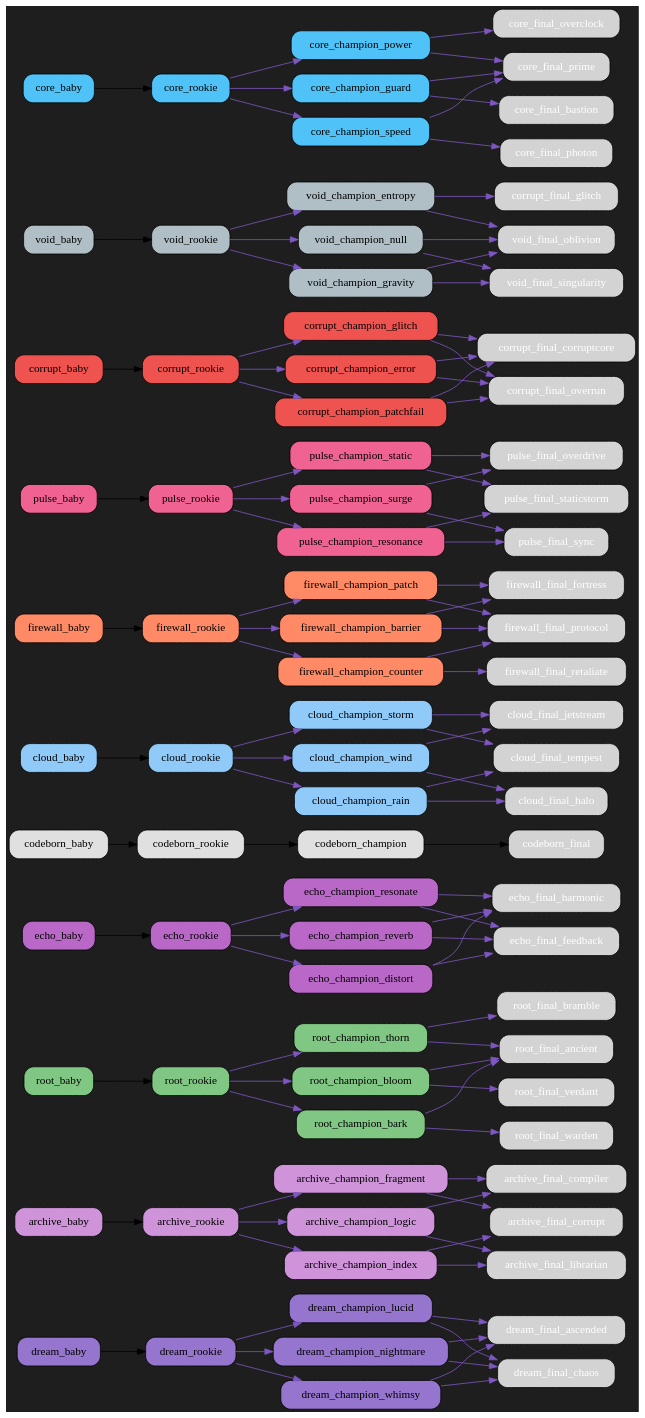
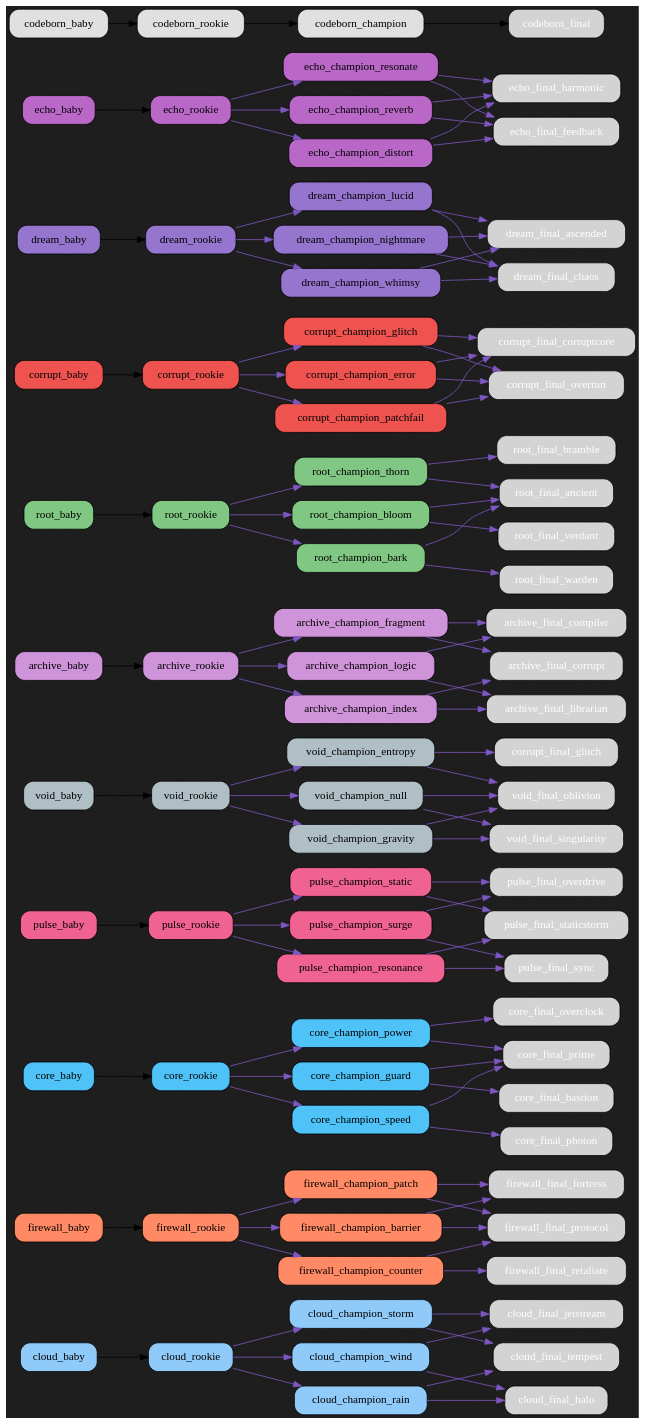
Before and after one commit to bwlight/NetGrid: the diagram in src/netgrid/systems/evolution/graphs/dark/evolution_graph_dark.dot, drawn with Graphviz. The commit also changed other lines of this file and 8 other files, not shown here.

Commit message:
Auto-update evolution graphs

```diff
--- a/src/netgrid/systems/evolution/graphs/dark/evolution_graph_dark.dot
+++ b/src/netgrid/systems/evolution/graphs/dark/evolution_graph_dark.dot
@@ -2,21 +2,81 @@
   rankdir=LR;
   bgcolor="#1e1e1e";
   node [shape=box, style="rounded,filled", fontcolor="white"];
-  "dream_baby" [fillcolor="#9575cd", fontcolor="black"];
-  "dream_baby" -> "dream_rookie";
-  "dream_rookie" [fillcolor="#9575cd", fontcolor="black"];
-  "dream_rookie" -> "dream_champion_lucid" [color="#7e57c2"];
-  "dream_rookie" -> "dream_champion_nightmare" [color="#7e57c2"];
-  "dream_rookie" -> "dream_champion_whimsy" [color="#7e57c2"];
-  "dream_champion_lucid" [fillcolor="#9575cd", fontcolor="black"];
-  "dream_champion_lucid" -> "dream_final_ascended" [color="#7e57c2"];
-  "dream_champion_lucid" -> "dream_final_chaos" [color="#7e57c2"];
-  "dream_champion_nightmare" [fillcolor="#9575cd", fontcolor="black"];
-  "dream_champion_nightmare" -> "dream_final_chaos" [color="#7e57c2"];
-  "dream_champion_nightmare" -> "dream_final_ascended" [color="#7e57c2"];
-  "dream_champion_whimsy" [fillcolor="#9575cd", fontcolor="black"];
-  "dream_champion_whimsy" -> "dream_final_ascended" [color="#7e57c2"];
-  "dream_champion_whimsy" -> "dream_final_chaos" [color="#7e57c2"];
+  "cloud_baby" [fillcolor="#90caf9", fontcolor="black"];
+  "cloud_baby" -> "cloud_rookie";
+  "cloud_rookie" [fillcolor="#90caf9", fontcolor="black"];
+  "cloud_rookie" -> "cloud_champion_wind" [color="#7e57c2"];
+  "cloud_rookie" -> "cloud_champion_rain" [color="#7e57c2"];
+  "cloud_rookie" -> "cloud_champion_storm" [color="#7e57c2"];
+  "cloud_champion_wind" [fillcolor="#90caf9", fontcolor="black"];
+  "cloud_champion_wind" -> "cloud_final_jetstream" [color="#7e57c2"];
+  "cloud_champion_wind" -> "cloud_final_halo" [color="#7e57c2"];
+  "cloud_champion_rain" [fillcolor="#90caf9", fontcolor="black"];
+  "cloud_champion_rain" -> "cloud_final_halo" [color="#7e57c2"];
+  "cloud_champion_rain" -> "cloud_final_tempest" [color="#7e57c2"];
+  "cloud_champion_storm" [fillcolor="#90caf9", fontcolor="black"];
+  "cloud_champion_storm" -> "cloud_final_tempest" [color="#7e57c2"];
+  "cloud_champion_storm" -> "cloud_final_jetstream" [color="#7e57c2"];
+  "firewall_baby" [fillcolor="#ff8a65", fontcolor="black"];
+  "firewall_baby" -> "firewall_rookie";
+  "firewall_rookie" [fillcolor="#ff8a65", fontcolor="black"];
+  "firewall_rookie" -> "firewall_champion_barrier" [color="#7e57c2"];
+  "firewall_rookie" -> "firewall_champion_counter" [color="#7e57c2"];
+  "firewall_rookie" -> "firewall_champion_patch" [color="#7e57c2"];
+  "firewall_champion_barrier" [fillcolor="#ff8a65", fontcolor="black"];
+  "firewall_champion_barrier" -> "firewall_final_fortress" [color="#7e57c2"];
+  "firewall_champion_barrier" -> "firewall_final_protocol" [color="#7e57c2"];
+  "firewall_champion_counter" [fillcolor="#ff8a65", fontcolor="black"];
+  "firewall_champion_counter" -> "firewall_final_retaliate" [color="#7e57c2"];
+  "firewall_champion_counter" -> "firewall_final_protocol" [color="#7e57c2"];
+  "firewall_champion_patch" [fillcolor="#ff8a65", fontcolor="black"];
+  "firewall_champion_patch" -> "firewall_final_protocol" [color="#7e57c2"];
+  "firewall_champion_patch" -> "firewall_final_fortress" [color="#7e57c2"];
+  "core_baby" [fillcolor="#4fc3f7", fontcolor="black"];
+  "core_baby" -> "core_rookie";
+  "core_rookie" [fillcolor="#4fc3f7", fontcolor="black"];
+  "core_rookie" -> "core_champion_power" [color="#7e57c2"];
+  "core_rookie" -> "core_champion_guard" [color="#7e57c2"];
+  "core_rookie" -> "core_champion_speed" [color="#7e57c2"];
+  "core_champion_power" [fillcolor="#4fc3f7", fontcolor="black"];
+  "core_champion_power" -> "core_final_overclock" [color="#7e57c2"];
+  "core_champion_power" -> "core_final_prime" [color="#7e57c2"];
+  "core_champion_guard" [fillcolor="#4fc3f7", fontcolor="black"];
+  "core_champion_guard" -> "core_final_bastion" [color="#7e57c2"];
+  "core_champion_guard" -> "core_final_prime" [color="#7e57c2"];
+  "core_champion_speed" [fillcolor="#4fc3f7", fontcolor="black"];
+  "core_champion_speed" -> "core_final_photon" [color="#7e57c2"];
+  "core_champion_speed" -> "core_final_prime" [color="#7e57c2"];
+  "pulse_baby" [fillcolor="#f06292", fontcolor="black"];
+  "pulse_baby" -> "pulse_rookie";
+  "pulse_rookie" [fillcolor="#f06292", fontcolor="black"];
+  "pulse_rookie" -> "pulse_champion_surge" [color="#7e57c2"];
+  "pulse_rookie" -> "pulse_champion_resonance" [color="#7e57c2"];
+  "pulse_rookie" -> "pulse_champion_static" [color="#7e57c2"];
+  "pulse_champion_surge" [fillcolor="#f06292", fontcolor="black"];
+  "pulse_champion_surge" -> "pulse_final_overdrive" [color="#7e57c2"];
+  "pulse_champion_surge" -> "pulse_final_sync" [color="#7e57c2"];
+  "pulse_champion_resonance" [fillcolor="#f06292", fontcolor="black"];
+  "pulse_champion_resonance" -> "pulse_final_sync" [color="#7e57c2"];
+  "pulse_champion_resonance" -> "pulse_final_staticstorm" [color="#7e57c2"];
+  "pulse_champion_static" [fillcolor="#f06292", fontcolor="black"];
+  "pulse_champion_static" -> "pulse_final_staticstorm" [color="#7e57c2"];
+  "pulse_champion_static" -> "pulse_final_overdrive" [color="#7e57c2"];
+  "void_baby" [fillcolor="#b0bec5", fontcolor="black"];
+  "void_baby" -> "void_rookie";
+  "void_rookie" [fillcolor="#b0bec5", fontcolor="black"];
+  "void_rookie" -> "void_champion_entropy" [color="#7e57c2"];
+  "void_rookie" -> "void_champion_gravity" [color="#7e57c2"];
+  "void_rookie" -> "void_champion_null" [color="#7e57c2"];
+  "void_champion_entropy" [fillcolor="#b0bec5", fontcolor="black"];
+  "void_champion_entropy" -> "corrupt_final_glitch" [color="#7e57c2"];
+  "void_champion_entropy" -> "void_final_oblivion" [color="#7e57c2"];
+  "void_champion_gravity" [fillcolor="#b0bec5", fontcolor="black"];
+  "void_champion_gravity" -> "void_final_singularity" [color="#7e57c2"];
+  "void_champion_gravity" -> "void_final_oblivion" [color="#7e57c2"];
+  "void_champion_null" [fillcolor="#b0bec5", fontcolor="black"];
+  "void_champion_null" -> "void_final_oblivion" [color="#7e57c2"];
+  "void_champion_null" -> "void_final_singularity" [color="#7e57c2"];
   "archive_baby" [fillcolor="#ce93d8", fontcolor="black"];
   "archive_baby" -> "archive_rookie";
   "archive_rookie" [fillcolor="#ce93d8", fontcolor="black"];
@@ -47,6 +107,36 @@
   "root_champion_bark" [fillcolor="#81c784", fontcolor="black"];
   "root_champion_bark" -> "root_final_warden" [color="#7e57c2"];
   "root_champion_bark" -> "root_final_ancient" [color="#7e57c2"];
+  "corrupt_baby" [fillcolor="#ef5350", fontcolor="black"];
+  "corrupt_baby" -> "corrupt_rookie";
+  "corrupt_rookie" [fillcolor="#ef5350", fontcolor="black"];
+  "corrupt_rookie" -> "corrupt_champion_glitch" [color="#7e57c2"];
+  "corrupt_rookie" -> "corrupt_champion_error" [color="#7e57c2"];
+  "corrupt_rookie" -> "corrupt_champion_patchfail" [color="#7e57c2"];
+  "corrupt_champion_glitch" [fillcolor="#ef5350", fontcolor="black"];
+  "corrupt_champion_glitch" -> "corrupt_final_corruptcore" [color="#7e57c2"];
+  "corrupt_champion_glitch" -> "corrupt_final_overrun" [color="#7e57c2"];
+  "corrupt_champion_error" [fillcolor="#ef5350", fontcolor="black"];
+  "corrupt_champion_error" -> "corrupt_final_overrun" [color="#7e57c2"];
+  "corrupt_champion_error" -> "corrupt_final_corruptcore" [color="#7e57c2"];
+  "corrupt_champion_patchfail" [fillcolor="#ef5350", fontcolor="black"];
+  "corrupt_champion_patchfail" -> "corrupt_final_corruptcore" [color="#7e57c2"];
+  "corrupt_champion_patchfail" -> "corrupt_final_overrun" [color="#7e57c2"];
+  "dream_baby" [fillcolor="#9575cd", fontcolor="black"];
+  "dream_baby" -> "dream_rookie";
+  "dream_rookie" [fillcolor="#9575cd", fontcolor="black"];
+  "dream_rookie" -> "dream_champion_lucid" [color="#7e57c2"];
+  "dream_rookie" -> "dream_champion_nightmare" [color="#7e57c2"];
+  "dream_rookie" -> "dream_champion_whimsy" [color="#7e57c2"];
+  "dream_champion_lucid" [fillcolor="#9575cd", fontcolor="black"];
+  "dream_champion_lucid" -> "dream_final_ascended" [color="#7e57c2"];
+  "dream_champion_lucid" -> "dream_final_chaos" [color="#7e57c2"];
+  "dream_champion_nightmare" [fillcolor="#9575cd", fontcolor="black"];
+  "dream_champion_nightmare" -> "dream_final_chaos" [color="#7e57c2"];
+  "dream_champion_nightmare" -> "dream_final_ascended" [color="#7e57c2"];
+  "dream_champion_whimsy" [fillcolor="#9575cd", fontcolor="black"];
+  "dream_champion_whimsy" -> "dream_final_ascended" [color="#7e57c2"];
+  "dream_champion_whimsy" -> "dream_final_chaos" [color="#7e57c2"];
   "echo_baby" [fillcolor="#ba68c8", fontcolor="black"];
   "echo_baby" -> "echo_rookie";
   "echo_rookie" [fillcolor="#ba68c8", fontcolor="black"];
@@ -68,94 +158,4 @@
   "codeborn_rookie" -> "codeborn_champion";
   "codeborn_champion" [fillcolor="#e0e0e0", fontcolor="black"];
   "codeborn_champion" -> "codeborn_final";
-  "cloud_baby" [fillcolor="#90caf9", fontcolor="black"];
-  "cloud_baby" -> "cloud_rookie";
-  "cloud_rookie" [fillcolor="#90caf9", fontcolor="black"];
-  "cloud_rookie" -> "cloud_champion_wind" [color="#7e57c2"];
-  "cloud_rookie" -> "cloud_champion_rain" [color="#7e57c2"];
-  "cloud_rookie" -> "cloud_champion_storm" [color="#7e57c2"];
-  "cloud_champion_wind" [fillcolor="#90caf9", fontcolor="black"];
-  "cloud_champion_wind" -> "cloud_final_jetstream" [color="#7e57c2"];
-  "cloud_champion_wind" -> "cloud_final_halo" [color="#7e57c2"];
-  "cloud_champion_rain" [fillcolor="#90caf9", fontcolor="black"];
-  "cloud_champion_rain" -> "cloud_final_halo" [color="#7e57c2"];
-  "cloud_champion_rain" -> "cloud_final_tempest" [color="#7e57c2"];
-  "cloud_champion_storm" [fillcolor="#90caf9", fontcolor="black"];
-  "cloud_champion_storm" -> "cloud_final_tempest" [color="#7e57c2"];
-  "cloud_champion_storm" -> "cloud_final_jetstream" [color="#7e57c2"];
-  "firewall_baby" [fillcolor="#ff8a65", fontcolor="black"];
-  "firewall_baby" -> "firewall_rookie";
-  "firewall_rookie" [fillcolor="#ff8a65", fontcolor="black"];
-  "firewall_rookie" -> "firewall_champion_barrier" [color="#7e57c2"];
-  "firewall_rookie" -> "firewall_champion_counter" [color="#7e57c2"];
-  "firewall_rookie" -> "firewall_champion_patch" [color="#7e57c2"];
-  "firewall_champion_barrier" [fillcolor="#ff8a65", fontcolor="black"];
-  "firewall_champion_barrier" -> "firewall_final_fortress" [color="#7e57c2"];
-  "firewall_champion_barrier" -> "firewall_final_protocol" [color="#7e57c2"];
-  "firewall_champion_counter" [fillcolor="#ff8a65", fontcolor="black"];
-  "firewall_champion_counter" -> "firewall_final_retaliate" [color="#7e57c2"];
-  "firewall_champion_counter" -> "firewall_final_protocol" [color="#7e57c2"];
-  "firewall_champion_patch" [fillcolor="#ff8a65", fontcolor="black"];
-  "firewall_champion_patch" -> "firewall_final_protocol" [color="#7e57c2"];
-  "firewall_champion_patch" -> "firewall_final_fortress" [color="#7e57c2"];
-  "pulse_baby" [fillcolor="#f06292", fontcolor="black"];
-  "pulse_baby" -> "pulse_rookie";
-  "pulse_rookie" [fillcolor="#f06292", fontcolor="black"];
-  "pulse_rookie" -> "pulse_champion_surge" [color="#7e57c2"];
-  "pulse_rookie" -> "pulse_champion_resonance" [color="#7e57c2"];
-  "pulse_rookie" -> "pulse_champion_static" [color="#7e57c2"];
-  "pulse_champion_surge" [fillcolor="#f06292", fontcolor="black"];
-  "pulse_champion_surge" -> "pulse_final_overdrive" [color="#7e57c2"];
-  "pulse_champion_surge" -> "pulse_final_sync" [color="#7e57c2"];
-  "pulse_champion_resonance" [fillcolor="#f06292", fontcolor="black"];
-  "pulse_champion_resonance" -> "pulse_final_sync" [color="#7e57c2"];
-  "pulse_champion_resonance" -> "pulse_final_staticstorm" [color="#7e57c2"];
-  "pulse_champion_static" [fillcolor="#f06292", fontcolor="black"];
-  "pulse_champion_static" -> "pulse_final_staticstorm" [color="#7e57c2"];
-  "pulse_champion_static" -> "pulse_final_overdrive" [color="#7e57c2"];
-  "corrupt_baby" [fillcolor="#ef5350", fontcolor="black"];
-  "corrupt_baby" -> "corrupt_rookie";
-  "corrupt_rookie" [fillcolor="#ef5350", fontcolor="black"];
-  "corrupt_rookie" -> "corrupt_champion_glitch" [color="#7e57c2"];
-  "corrupt_rookie" -> "corrupt_champion_error" [color="#7e57c2"];
-  "corrupt_rookie" -> "corrupt_champion_patchfail" [color="#7e57c2"];
-  "corrupt_champion_glitch" [fillcolor="#ef5350", fontcolor="black"];
-  "corrupt_champion_glitch" -> "corrupt_final_corruptcore" [color="#7e57c2"];
-  "corrupt_champion_glitch" -> "corrupt_final_overrun" [color="#7e57c2"];
-  "corrupt_champion_error" [fillcolor="#ef5350", fontcolor="black"];
-  "corrupt_champion_error" -> "corrupt_final_overrun" [color="#7e57c2"];
-  "corrupt_champion_error" -> "corrupt_final_corruptcore" [color="#7e57c2"];
-  "corrupt_champion_patchfail" [fillcolor="#ef5350", fontcolor="black"];
-  "corrupt_champion_patchfail" -> "corrupt_final_corruptcore" [color="#7e57c2"];
-  "corrupt_champion_patchfail" -> "corrupt_final_overrun" [color="#7e57c2"];
-  "void_baby" [fillcolor="#b0bec5", fontcolor="black"];
-  "void_baby" -> "void_rookie";
-  "void_rookie" [fillcolor="#b0bec5", fontcolor="black"];
-  "void_rookie" -> "void_champion_entropy" [color="#7e57c2"];
-  "void_rookie" -> "void_champion_gravity" [color="#7e57c2"];
-  "void_rookie" -> "void_champion_null" [color="#7e57c2"];
-  "void_champion_entropy" [fillcolor="#b0bec5", fontcolor="black"];
-  "void_champion_entropy" -> "corrupt_final_glitch" [color="#7e57c2"];
-  "void_champion_entropy" -> "void_final_oblivion" [color="#7e57c2"];
-  "void_champion_gravity" [fillcolor="#b0bec5", fontcolor="black"];
-  "void_champion_gravity" -> "void_final_singularity" [color="#7e57c2"];
-  "void_champion_gravity" -> "void_final_oblivion" [color="#7e57c2"];
-  "void_champion_null" [fillcolor="#b0bec5", fontcolor="black"];
-  "void_champion_null" -> "void_final_oblivion" [color="#7e57c2"];
-  "void_champion_null" -> "void_final_singularity" [color="#7e57c2"];
-  "core_baby" [fillcolor="#4fc3f7", fontcolor="black"];
-  "core_baby" -> "core_rookie";
-  "core_rookie" [fillcolor="#4fc3f7", fontcolor="black"];
-  "core_rookie" -> "core_champion_power" [color="#7e57c2"];
-  "core_rookie" -> "core_champion_guard" [color="#7e57c2"];
-  "core_rookie" -> "core_champion_speed" [color="#7e57c2"];
-  "core_champion_power" [fillcolor="#4fc3f7", fontcolor="black"];
-  "core_champion_power" -> "core_final_overclock" [color="#7e57c2"];
-  "core_champion_power" -> "core_final_prime" [color="#7e57c2"];
-  "core_champion_guard" [fillcolor="#4fc3f7", fontcolor="black"];
-  "core_champion_guard" -> "core_final_bastion" [color="#7e57c2"];
-  "core_champion_guard" -> "core_final_prime" [color="#7e57c2"];
-  "core_champion_speed" [fillcolor="#4fc3f7", fontcolor="black"];
-  "core_champion_speed" -> "core_final_photon" [color="#7e57c2"];
-  "core_champion_speed" -> "core_final_prime" [color="#7e57c2"];
 }
```
